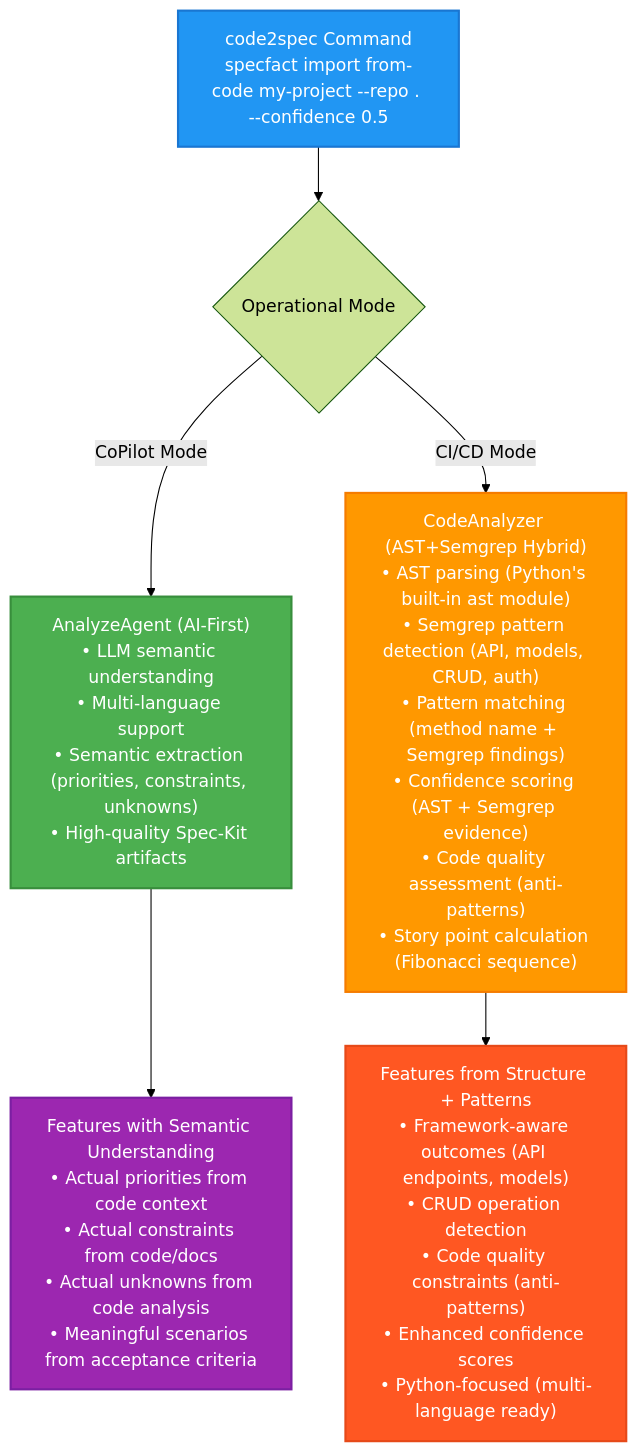
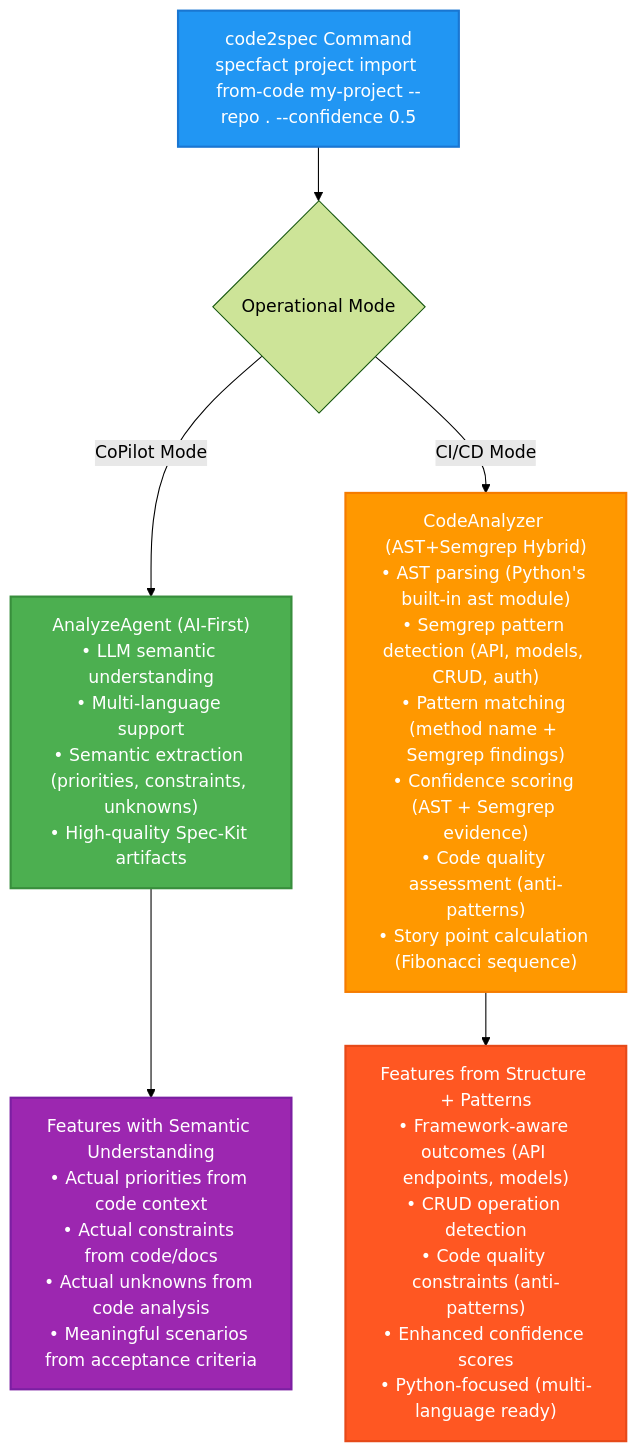
The diagram in docs/technical/code2spec-analysis-logic.md (nold-ai/specfact-cli), drawn with Mermaid (forest theme) before and after one commit. The commit also changed other lines of this file and 531 other files, not shown here.

````diff
--- a/docs/technical/code2spec-analysis-logic.md
+++ b/docs/technical/code2spec-analysis-logic.md
@@ -67,18 +67,18 @@
 ```mermaid
 flowchart TD
-    A["code2spec Command<br/>specfact import from-code my-project --repo . --confidence 0.5"] --> B{Operational Mode}
+    A["code2spec Command<br/>specfact project import from-code my-project --repo . --confidence 0.5"] --> B{Operational Mode}
     
     B -->|CoPilot Mode| C["AnalyzeAgent (AI-First)<br/>• LLM semantic understanding<br/>• Multi-language support<br/>• Semantic extraction (priorities, constraints, unknowns)<br/>• High-quality Spec-Kit artifacts"]
     
     B -->|CI/CD Mode| D["CodeAnalyzer (AST+Semgrep Hybrid)<br/>• AST parsing (Python's built-in ast module)<br/>• Semgrep pattern detection (API, models, CRUD, auth)<br/>• Pattern matching (method name + Semgrep findings)<br/>• Confidence scoring (AST + Semgrep evidence)<br/>• Code quality assessment (anti-patterns)<br/>• Story point calculation (Fibonacci sequence)"]
     
     C --> E["Features with Semantic Understanding<br/>• Actual priorities from code context<br/>• Actual constraints from code/docs<br/>• Actual unknowns from code analysis<br/>• Meaningful scenarios from acceptance criteria"]
     
     D --> F["Features from Structure + Patterns<br/>• Framework-aware outcomes (API endpoints, models)<br/>• CRUD operation detection<br/>• Code quality constraints (anti-patterns)<br/>• Enhanced confidence scores<br/>• Python-focused (multi-language ready)"]
     
     style A fill:#2196F3,stroke:#1976D2,stroke-width:2px,color:#fff
     style C fill:#4CAF50,stroke:#388E3C,stroke-width:2px,color:#fff
     style D fill:#FF9800,stroke:#F57C00,stroke-width:2px,color:#fff
     style E fill:#9C27B0,stroke:#7B1FA2,stroke-width:2px,color:#fff
     style F fill:#FF5722,stroke:#E64A19,stroke-width:2px,color:#fff
 ```
````
